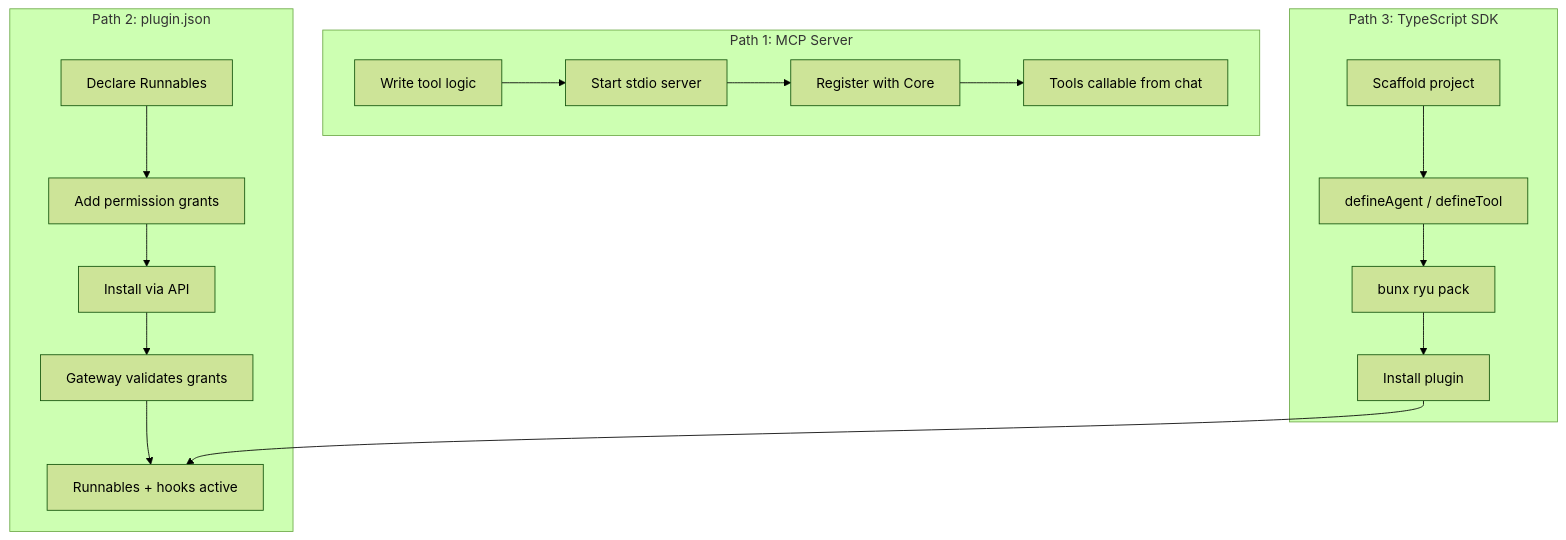
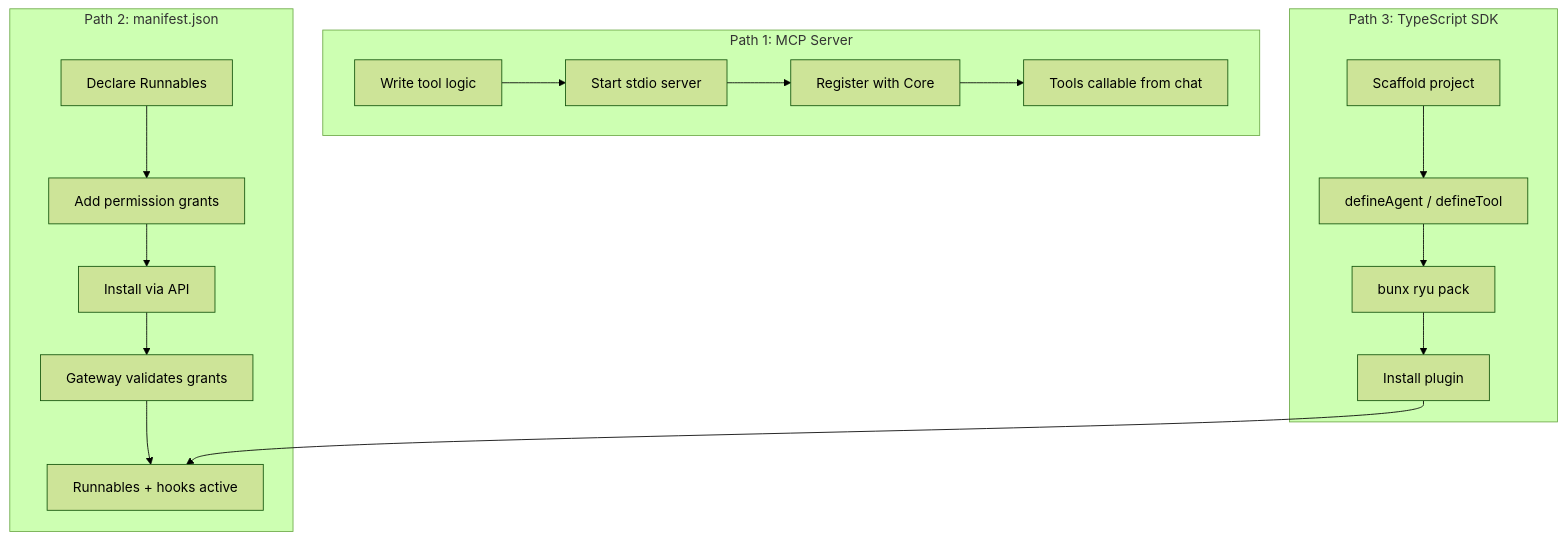
One commit to amajorai/ryu changed the diagram in apps/fumadocs/content/docs/develop/extensions/index.mdx. Above: the diagram before and after it, drawn with Mermaid (forest theme). The commit also changed other lines of this file and 198 other files, not shown here.

````diff
--- a/apps/fumadocs/content/docs/develop/extensions/index.mdx
+++ b/apps/fumadocs/content/docs/develop/extensions/index.mdx
@@ -12,22 +12,22 @@
 ```mermaid
 flowchart TD
   subgraph "Path 1: MCP Server"
     A[Write tool logic] --> B[Start stdio server]
     B --> C[Register with Core]
     C --> D[Tools callable from chat]
   end
 
-  subgraph "Path 2: plugin.json"
+  subgraph "Path 2: manifest.json"
     E[Declare Runnables] --> F[Add permission grants]
     F --> G[Install via API]
     G --> H[Gateway validates grants]
     H --> I[Runnables + hooks active]
   end
 
   subgraph "Path 3: TypeScript SDK"
     J[Scaffold project] --> K[defineAgent / defineTool]
     K --> L[bunx ryu pack]
     L --> M[Install plugin]
     M --> I
   end
 ```
````
